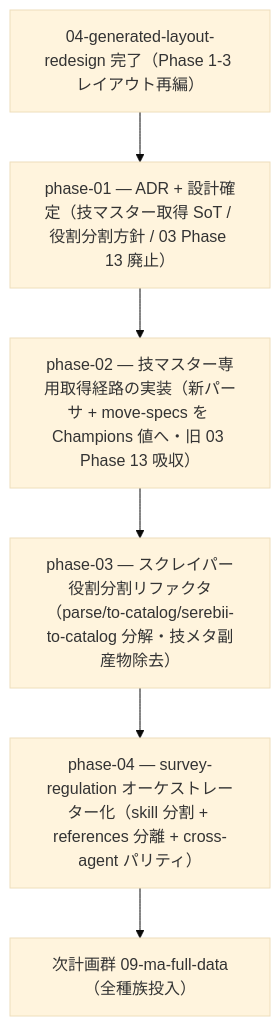
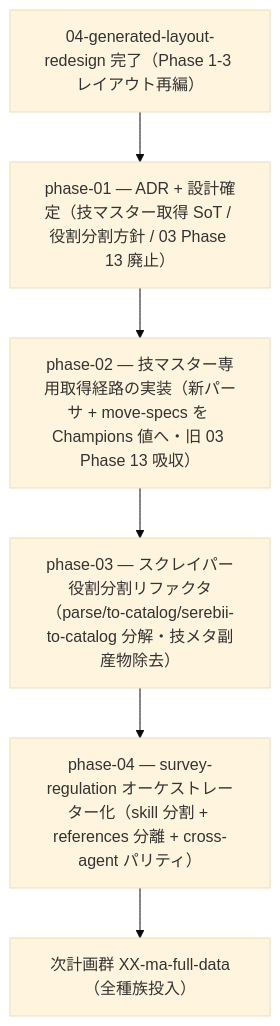
The diagram in docs/plan/05-move-master-scraper-refactor/README.md (subroh0508/pokeform), drawn with Mermaid (base theme) before and after one commit. The commit also changed other lines of this file and 44 other files, not shown here.

````diff
--- a/docs/plan/05-move-master-scraper-refactor/README.md
+++ b/docs/plan/05-move-master-scraper-refactor/README.md
@@ -17,8 +17,8 @@
 ```mermaid
 flowchart TD
     P04[04-generated-layout-redesign 完了（Phase 1-3 レイアウト再編）] --> P1[phase-01 — ADR + 設計確定（技マスター取得 SoT / 役割分割方針 / 03 Phase 13 廃止）]
     P1 --> P2[phase-02 — 技マスター専用取得経路の実装（新パーサ + move-specs を Champions 値へ・旧 03 Phase 13 吸収）]
     P2 --> P3[phase-03 — スクレイパー役割分割リファクタ（parse/to-catalog/serebii-to-catalog 分解・技メタ副産物除去）]
     P3 --> P4[phase-04 — survey-regulation オーケストレーター化（skill 分割 + references 分離 + cross-agent パリティ）]
-    P4 --> P06[次計画群 09-ma-full-data（全種族投入）]
+    P4 --> P06[次計画群 XX-ma-full-data（全種族投入）]
 ```
````
